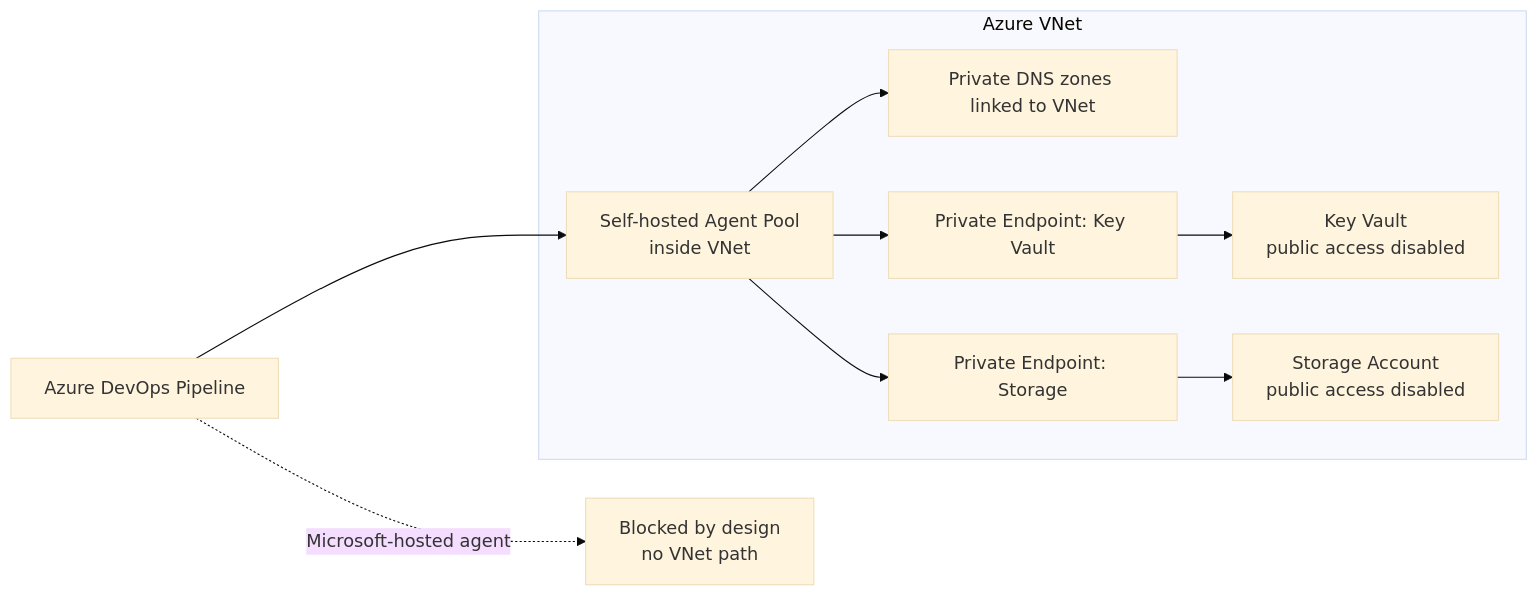
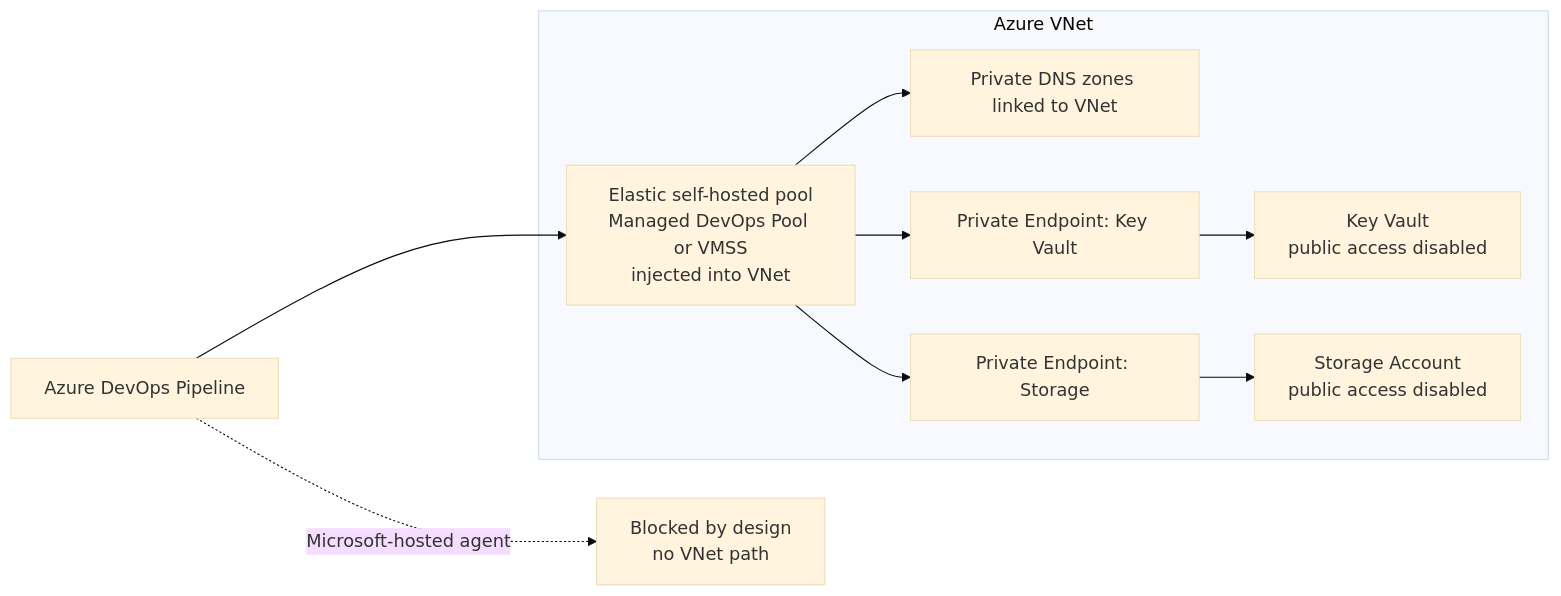
The first of 2 diagrams in infra/docs/Technical Documentation/devops-production-pipeline-setup.md (CopilotGTM/copilot-backend), drawn with Mermaid (base theme) before and after one commit. The commit also changed other lines of this file and 18 other files, not shown here.

Commit message:
Add managed DevOps pools infrastructure

````diff
--- a/infra/docs/Technical Documentation/devops-production-pipeline-setup.md
+++ b/infra/docs/Technical Documentation/devops-production-pipeline-setup.md
@@ -23,14 +24,14 @@
 ```mermaid
 flowchart LR
-  DevOps[Azure DevOps Pipeline] --> AgentPool[Self-hosted Agent Pool<br/>inside VNet]
+  DevOps[Azure DevOps Pipeline] --> AgentPool[Elastic self-hosted pool<br/>Managed DevOps Pool or VMSS<br/>injected into VNet]
 
   subgraph VNet[Azure VNet]
     AgentPool --> DNS[Private DNS zones linked to VNet]
     AgentPool --> PEKV[Private Endpoint: Key Vault]
     AgentPool --> PESA[Private Endpoint: Storage]
     PEKV --> KV[Key Vault<br/>public access disabled]
     PESA --> SA[Storage Account<br/>public access disabled]
   end
 
   DevOps -. Microsoft-hosted agent .-> Blocked[Blocked by design<br/>no VNet path]
 ```
````
